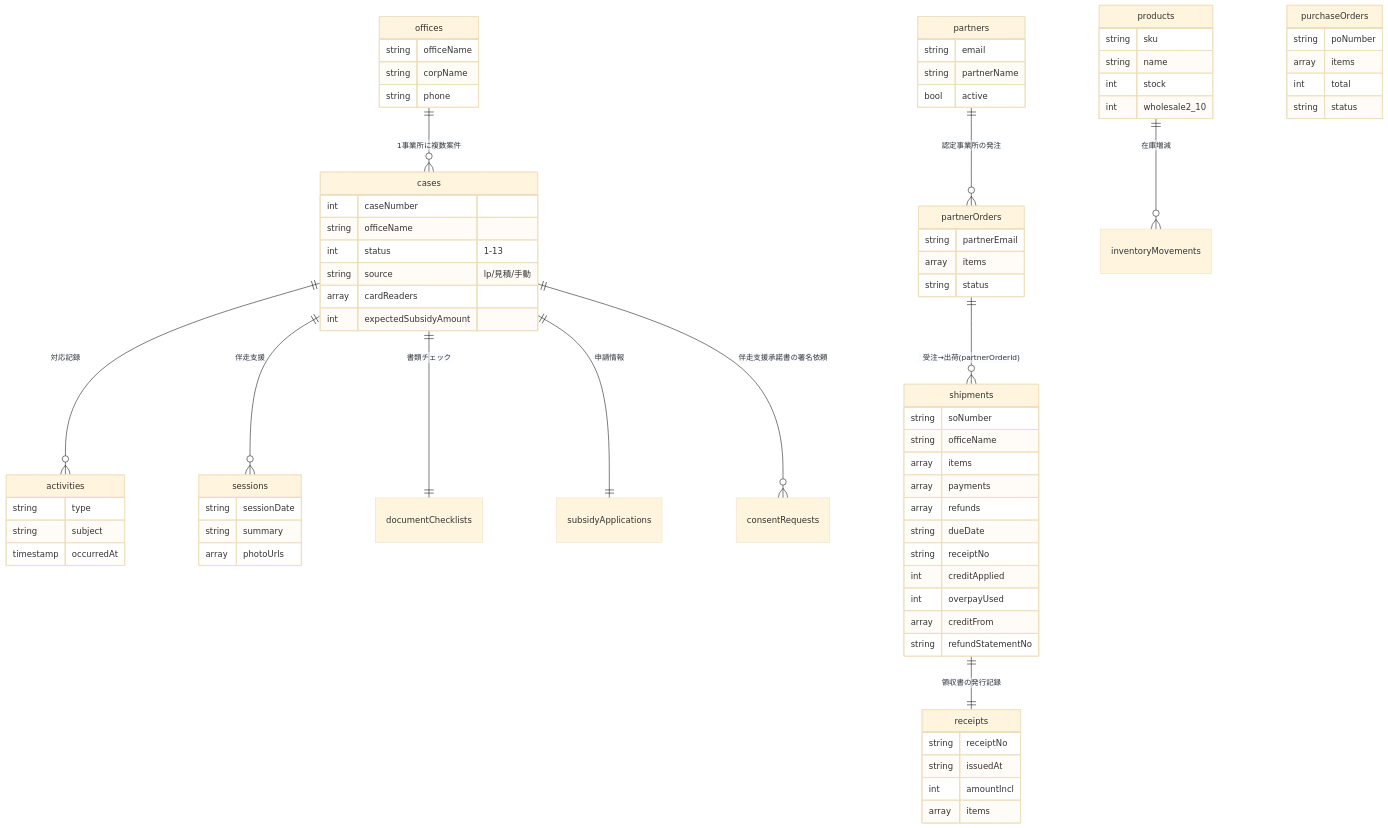
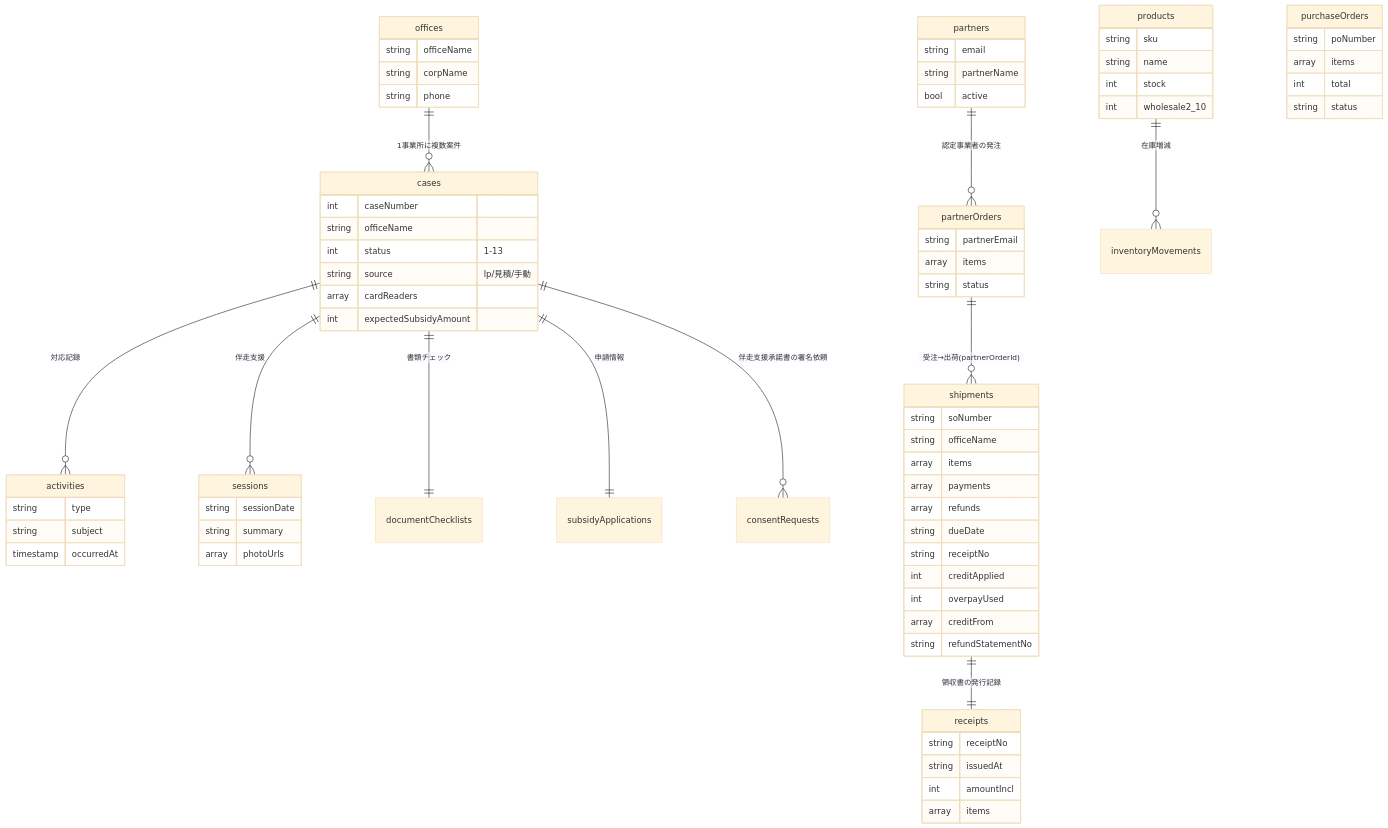
The fifth of 6 diagrams in ENGINEERING_NOTES.md (npo-tadakayo/kjk-tadakayo), drawn with Mermaid (base theme) before and after one commit. The commit also changed other lines of this file and 20 other files, not shown here.

````diff
--- a/ENGINEERING_NOTES.md
+++ b/ENGINEERING_NOTES.md
@@ -344,30 +344,30 @@
 ```mermaid
 erDiagram
   offices ||--o{ cases : "1事業所に複数案件"
   cases ||--o{ activities : "対応記録"
   cases ||--o{ sessions : "伴走支援"
   cases ||--|| documentChecklists : "書類チェック"
   cases ||--|| subsidyApplications : "申請情報"
-  partners ||--o{ partnerOrders : "認定事業所の発注"
+  partners ||--o{ partnerOrders : "認定事業者の発注"
   products ||--o{ inventoryMovements : "在庫増減"
   partnerOrders ||--o{ shipments : "受注→出荷(partnerOrderId)"
   shipments ||--|| receipts : "領収書の発行記録"
   cases ||--o{ consentRequests : "伴走支援承諾書の署名依頼"
   cases {
     int caseNumber
     string officeName
     int status "1-13"
     string source "lp/見積/手動"
     array cardReaders
     int expectedSubsidyAmount
   }
   offices { string officeName string corpName string phone }
   activities { string type string subject timestamp occurredAt }
   sessions { string sessionDate string summary array photoUrls }
   products { string sku string name int stock int wholesale2_10 }
   purchaseOrders { string poNumber array items int total string status }
   shipments { string soNumber string officeName array items array payments array refunds string dueDate string receiptNo int creditApplied int overpayUsed array creditFrom string refundStatementNo }
   partners { string email string partnerName bool active }
   partnerOrders { string partnerEmail array items string status }
   receipts { string receiptNo string issuedAt int amountIncl array items }
 ```
````
